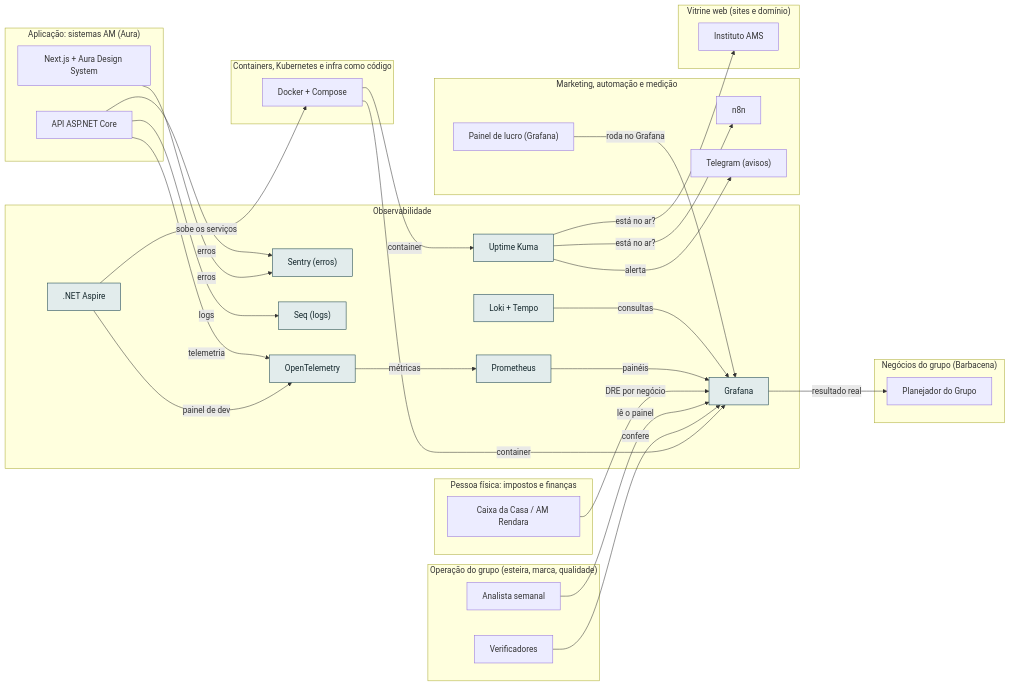
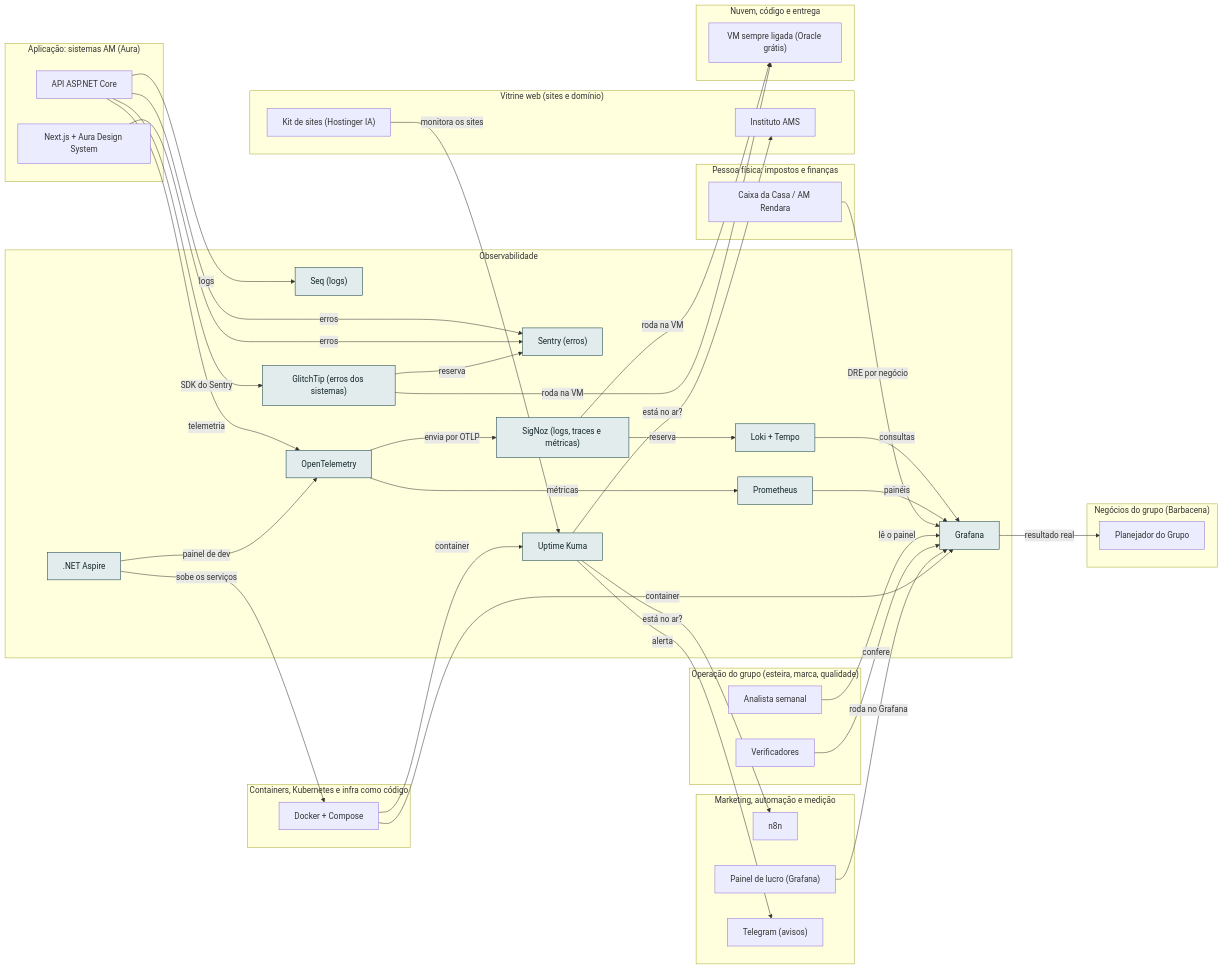
Before and after one commit to AlanMateus17/Portfolio-AMS-Obsidian-Vault: the diagram in 11-setup-dev-setup/docs/camadas/10-obs.md, drawn with Mermaid. The commit also changed other lines of this file and 316 other files, not shown here.

````diff
--- a/11-setup-dev-setup/docs/camadas/10-obs.md
+++ b/11-setup-dev-setup/docs/camadas/10-obs.md
@@ -14,59 +14,72 @@
 ```mermaid
 flowchart LR
   subgraph L_obs["Observabilidade"]
     n_sentry["Sentry (erros)"]
     n_kuma["Uptime Kuma"]
     n_seq["Seq (logs)"]
     n_loki["Loki + Tempo"]
     n_otel["OpenTelemetry"]
     n_prom["Prometheus"]
     n_graf["Grafana"]
     n_aspire[".NET Aspire"]
+    n_signoz["SigNoz (logs, traces e métricas)"]
+    n_glitchtip["GlitchTip (erros dos sistemas)"]
   end
   subgraph L_oper["Operação do grupo (esteira, marca, qualidade)"]
     n_oanal["Analista semanal"]
     n_overif["Verificadores"]
   end
   subgraph L_mkt["Marketing, automação e medição"]
     n_n8n["n8n"]
     n_painel["Painel de lucro (Grafana)"]
     n_tg["Telegram (avisos)"]
   end
   subgraph L_emp["Pessoa física: impostos e finanças"]
     n_caixa["Caixa da Casa / AM Rendara"]
   end
   subgraph L_web["Vitrine web (sites e domínio)"]
     n_inst["Instituto AMS"]
+    n_kitsites["Kit de sites (Hostinger IA)"]
   end
   subgraph L_neg["Negócios do grupo (Barbacena)"]
     n_nplan["Planejador do Grupo"]
+  end
+  subgraph L_nuvem["Nuvem, código e entrega"]
+    n_vm247["VM sempre ligada (Oracle grátis)"]
   end
   subgraph L_app["Aplicação: sistemas AM (Aura)"]
     n_api["API ASP.NET Core"]
     n_front["Next.js + Aura Design System"]
   end
   subgraph L_cnt["Containers, Kubernetes e infra como código"]
     n_docker["Docker + Compose"]
   end
   n_api -->|"erros"| n_sentry
   n_front -->|"erros"| n_sentry
+  n_glitchtip -->|"reserva"| n_sentry
   n_kuma -->|"está no ar?"| n_inst
   n_kuma -->|"alerta"| n_tg
   n_kuma -->|"está no ar?"| n_n8n
   n_docker -->|"container"| n_kuma
+  n_kitsites -->|"monitora os sites"| n_kuma
   n_api -->|"logs"| n_seq
   n_loki -->|"consultas"| n_graf
+  n_signoz -->|"reserva"| n_loki
   n_otel -->|"métricas"| n_prom
+  n_otel -->|"envia por OTLP"| n_signoz
   n_api -->|"telemetria"| n_otel
   n_aspire -->|"painel de dev"| n_otel
   n_prom -->|"painéis"| n_graf
   n_graf -->|"resultado real"| n_nplan
   n_caixa -->|"DRE por negócio"| n_graf
   n_oanal -->|"lê o painel"| n_graf
   n_overif -->|"confere"| n_graf
   n_painel -->|"roda no Grafana"| n_graf
   n_docker -->|"container"| n_graf
   n_aspire -->|"sobe os serviços"| n_docker
+  n_signoz -->|"roda na VM"| n_vm247
+  n_glitchtip -->|"roda na VM"| n_vm247
+  n_api -->|"SDK do Sentry"| n_glitchtip
   classDef desta fill:#e2ecec,stroke:#0e3a45,color:#13262b
-  class n_sentry,n_kuma,n_seq,n_loki,n_otel,n_prom,n_graf,n_aspire desta
+  class n_sentry,n_kuma,n_seq,n_loki,n_otel,n_prom,n_graf,n_aspire,n_signoz,n_glitchtip desta
 ```
````
